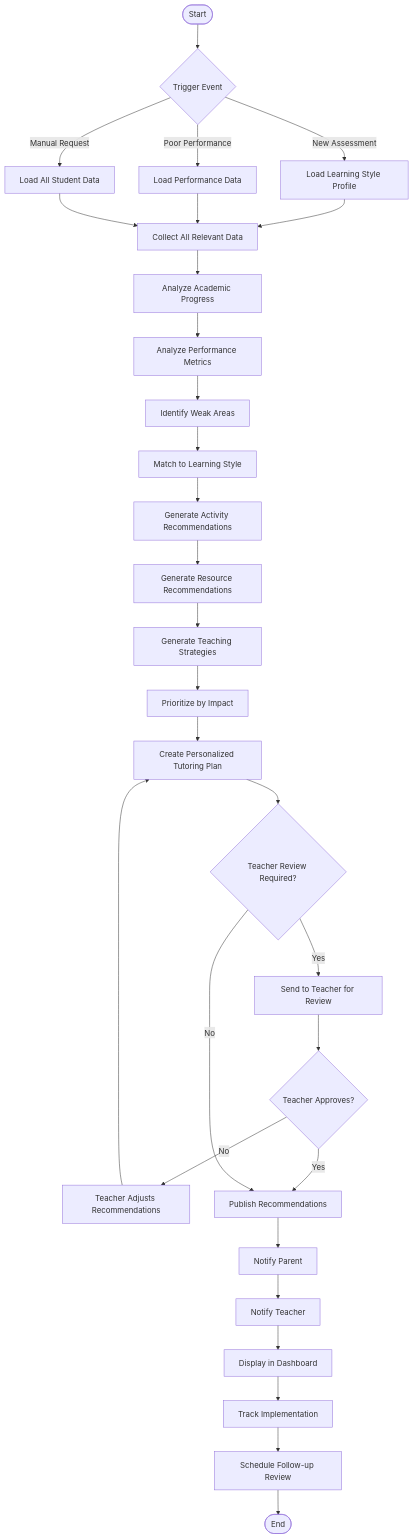
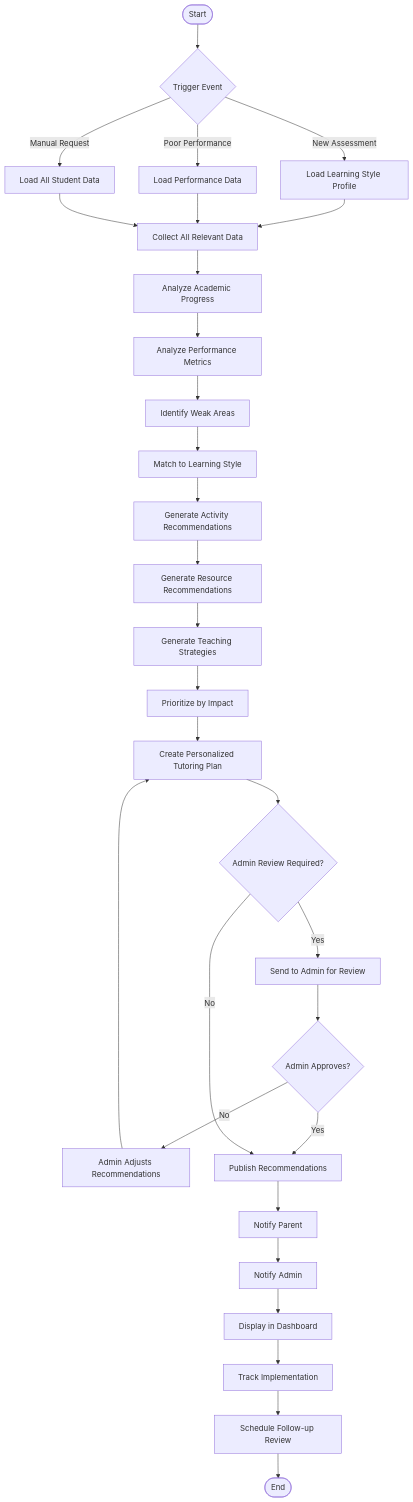
One commit to TongYwen/childfyp5 changed diagram 12 of 18 in diagrams.md. Above: the diagram before and after it, drawn with Mermaid. The commit also changed other lines of this file, not shown here.

First line of the commit message:
Update diagrams to remove Teacher role

````diff
--- a/diagrams.md
+++ b/diagrams.md
@@ -340,39 +332,39 @@
 ```mermaid
 flowchart TD
     Start([Start]) --> TriggerEvent{Trigger Event}
 
     TriggerEvent -->|New Assessment| LoadLearningStyle
     TriggerEvent -->|Poor Performance| LoadPerformanceData
     TriggerEvent -->|Manual Request| LoadAllData
 
     LoadLearningStyle[Load Learning Style Profile] --> CollectData
     LoadPerformanceData[Load Performance Data] --> CollectData
     LoadAllData[Load All Student Data] --> CollectData
 
     CollectData[Collect All Relevant Data] --> AnalyzeProgress[Analyze Academic Progress]
     AnalyzeProgress --> AnalyzePerformance[Analyze Performance Metrics]
     AnalyzePerformance --> IdentifyWeaknesses[Identify Weak Areas]
     IdentifyWeaknesses --> MatchLearningStyle[Match to Learning Style]
 
     MatchLearningStyle --> GenerateActivities[Generate Activity Recommendations]
     GenerateActivities --> GenerateResources[Generate Resource Recommendations]
     GenerateResources --> GenerateStrategies[Generate Teaching Strategies]
 
     GenerateStrategies --> PrioritizeRecommendations[Prioritize by Impact]
     PrioritizeRecommendations --> CreatePlan[Create Personalized Tutoring Plan]
-    CreatePlan --> ReviewPlan{Teacher Review Required?}
+    CreatePlan --> ReviewPlan{Admin Review Required?}
 
-    ReviewPlan -->|Yes| SendToTeacher[Send to Teacher for Review]
-    SendToTeacher --> TeacherApproval{Teacher Approves?}
-    TeacherApproval -->|No| AdjustRecommendations[Teacher Adjusts Recommendations]
+    ReviewPlan -->|Yes| SendToAdmin[Send to Admin for Review]
+    SendToAdmin --> AdminApproval{Admin Approves?}
+    AdminApproval -->|No| AdjustRecommendations[Admin Adjusts Recommendations]
     AdjustRecommendations --> CreatePlan
-    TeacherApproval -->|Yes| PublishPlan
+    AdminApproval -->|Yes| PublishPlan
 
     ReviewPlan -->|No| PublishPlan[Publish Recommendations]
     PublishPlan --> NotifyParent[Notify Parent]
-    NotifyParent --> NotifyTeacher[Notify Teacher]
-    NotifyTeacher --> DisplayRecommendations[Display in Dashboard]
+    NotifyParent --> NotifyAdmin[Notify Admin]
+    NotifyAdmin --> DisplayRecommendations[Display in Dashboard]
     DisplayRecommendations --> TrackImplementation[Track Implementation]
     TrackImplementation --> ScheduleFollowUp[Schedule Follow-up Review]
     ScheduleFollowUp --> End([End])
 ```
````
